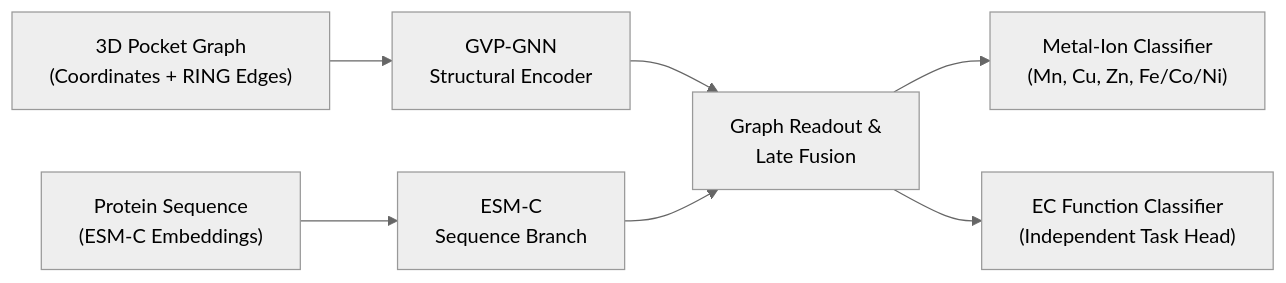
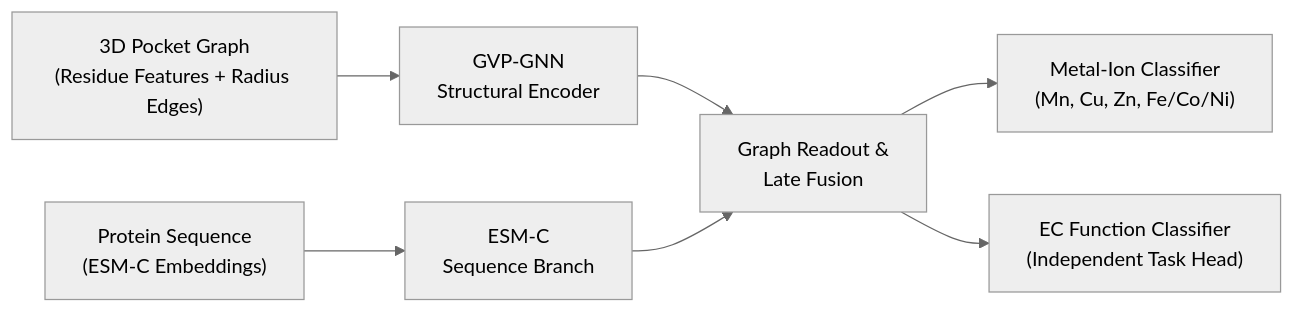
The diagram in README.md (MECHTI1/DeepMzyme), drawn with Mermaid (neutral theme) before and after one commit. The commit also changed other lines of this file and 12 other files, not shown here.

````diff
--- a/README.md
+++ b/README.md
@@ -15,9 +15,9 @@
 ```mermaid
 flowchart LR
-    Pocket["3D Pocket Graph\n(Coordinates + RING Edges)"] --> GVP["GVP-GNN\nStructural Encoder"]
+    Pocket["3D Pocket Graph\n(Residue Features + Radius Edges)"] --> GVP["GVP-GNN\nStructural Encoder"]
     Seq["Protein Sequence\n(ESM-C Embeddings)"] --> ESM["ESM-C\nSequence Branch"]
     GVP --> Fusion["Graph Readout &\nLate Fusion"]
     ESM --> Fusion
     Fusion --> Metal["Metal-Ion Classifier\n(Mn, Cu, Zn, Fe/Co/Ni)"]
     Fusion --> EC["EC Function Classifier\n(Independent Task Head)"]
 ```
````
